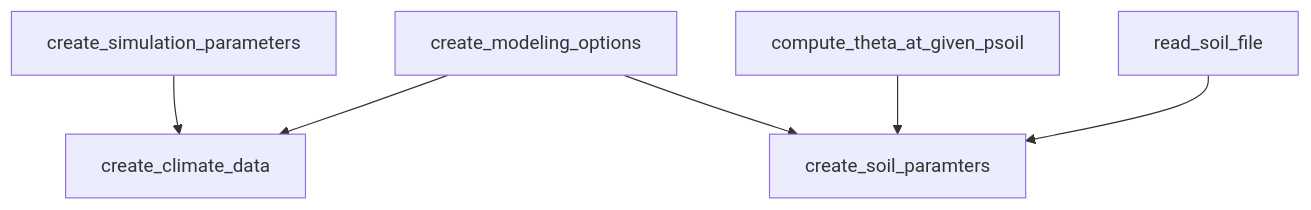
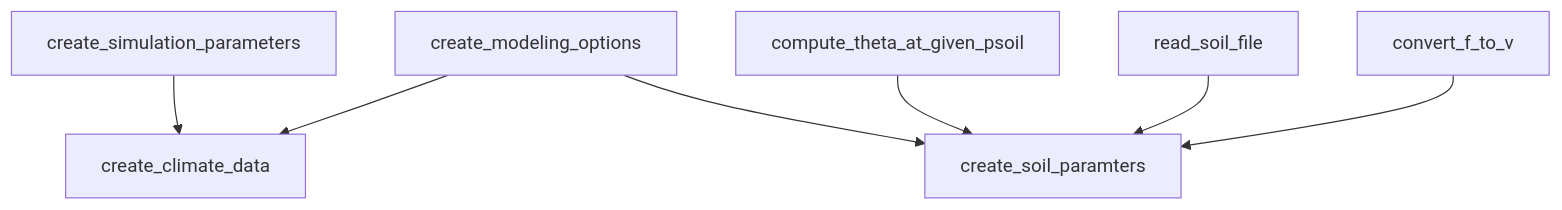
Before and after one commit to ecamo19/sureau_ecos_py: the diagram in README.md, drawn with Mermaid. The commit also changed 19 other files, not shown here.

````diff
--- a/README.md
+++ b/README.md
@@ -16,23 +16,25 @@
 ``` mermaid
     %%{init:{'themeVariables': {'primaryBorderColor': '#00758f'}}}%%
     flowchart TD;
 
         create_simulation_parameters-->create_climate_data;
         create_modeling_options-->create_climate_data;
 
         create_modeling_options-->create_soil_paramters;
         compute_theta_at_given_psoil-->create_soil_paramters;
         read_soil_file-->create_soil_paramters;
+        convert_f_to_v-->create_soil_paramters;
+
 
         %% Blue color boxes -----------------------------------------------------
 
         %%style create_climate_data fill:#00758f
         %%style create_modeling_options fill:#00758f
         %%style create_simulation_parameters fill:#00758f, lineColor:#00758f
         %%style create_soil_paramters fill:#00758f
 
 
         %% Red color boxes ------------------------------------------------------
         %%style compute_theta_at_given_psoil fill:#880808
 
 ```
````
